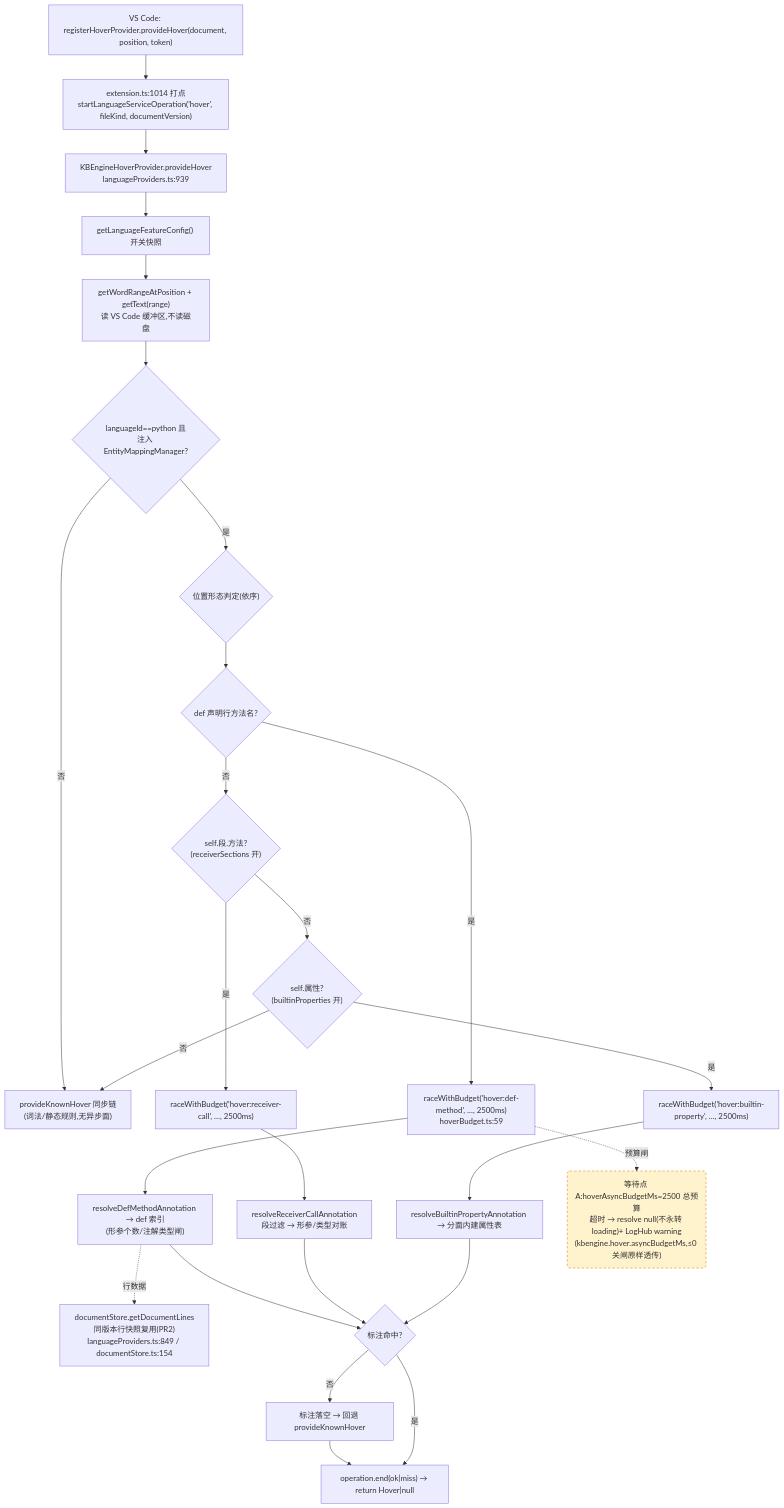
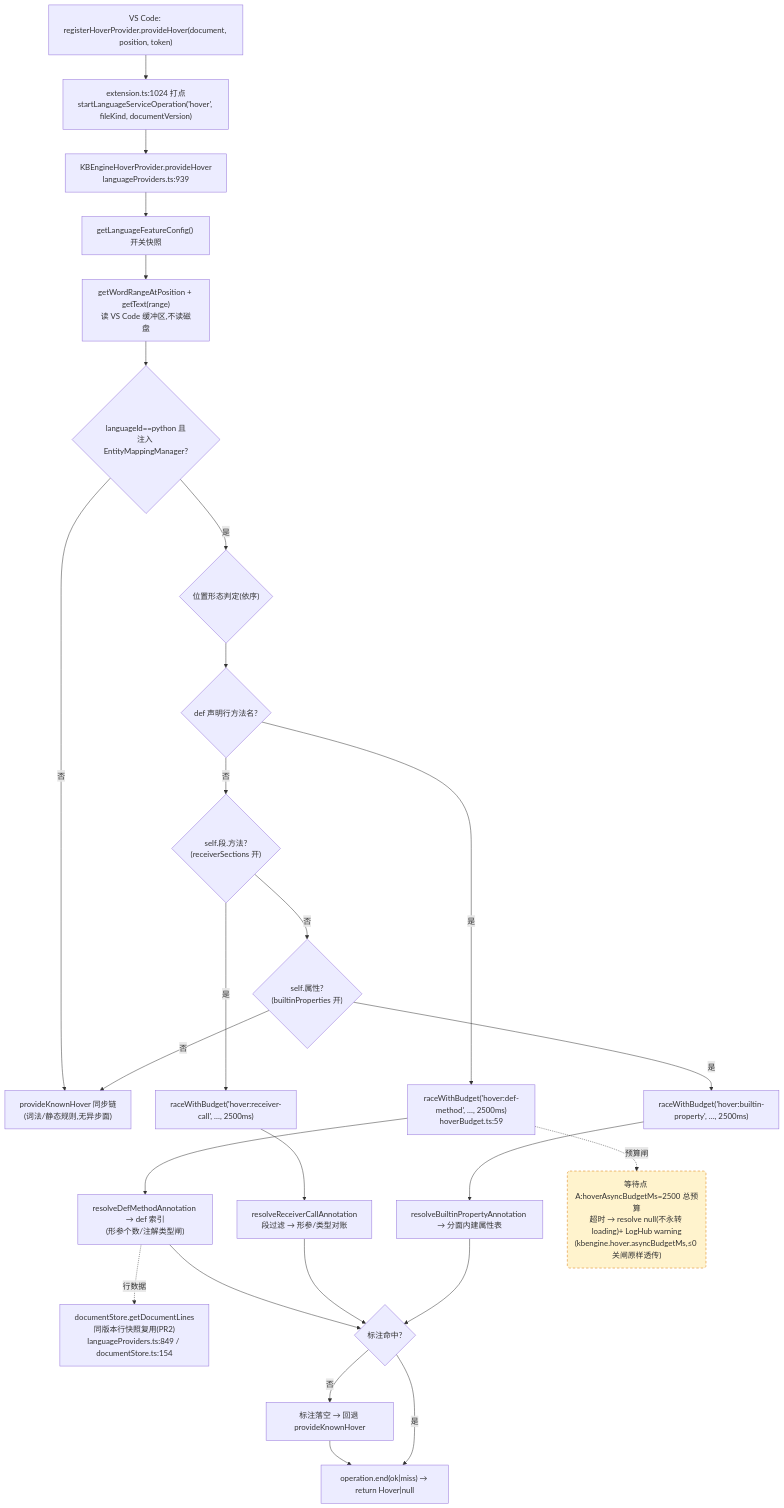
Before and after one commit to cuihairu/kode: the first of 4 diagrams in docs/perf/2026-baseline.md, drawn with Mermaid. The commit also changed other lines of this file and 17 other files, not shown here.

````diff
--- a/docs/perf/2026-baseline.md
+++ b/docs/perf/2026-baseline.md
@@ -82,45 +82,45 @@
 ```mermaid
 flowchart TD
   VC1["VS Code: registerHoverProvider.provideHover(document, position, token)"]
-  M1["extension.ts:1014 打点<br/>startLanguageServiceOperation('hover', fileKind, documentVersion)"]
+  M1["extension.ts:1024 打点<br/>startLanguageServiceOperation('hover', fileKind, documentVersion)"]
   HP["KBEngineHoverProvider.provideHover<br/>languageProviders.ts:939"]
   CFG["getLanguageFeatureConfig() 开关快照"]
   WORD["getWordRangeAtPosition + getText(range)<br/>读 VS Code 缓冲区,不读磁盘"]
   BR{"languageId==python 且<br/>注入 EntityMappingManager?"}
   KN["provideKnownHover 同步链<br/>(词法/静态规则,无异步面)"]
   POS{"位置形态判定(依序)"}
   D1{"def 声明行方法名?"}
   D2{"self.段.方法?<br/>(receiverSections 开)"}
   D3{"self.属性?<br/>(builtinProperties 开)"}
   RA1["raceWithBudget('hover:def-method', …, 2500ms)<br/>hoverBudget.ts:59"]
   RA2["raceWithBudget('hover:receiver-call', …, 2500ms)"]
   RA3["raceWithBudget('hover:builtin-property', …, 2500ms)"]
   RS1["resolveDefMethodAnnotation → def 索引<br/>(形参个数/注解类型闸)"]
   RS2["resolveReceiverCallAnnotation<br/>段过滤 → 形参/类型对账"]
   RS3["resolveBuiltinPropertyAnnotation → 分面内建属性表"]
   LINES["documentStore.getDocumentLines<br/>同版本行快照复用(PR2)<br/>languageProviders.ts:849 / documentStore.ts:154"]
   MISS["标注落空 → 回退 provideKnownHover"]
   END1["operation.end(ok|miss) → return Hover|null"]
 
   VC1 --> M1 --> HP --> CFG --> WORD --> BR
   BR -- "否" --> KN
   BR -- "是" --> POS --> D1
   D1 -- "是" --> RA1 --> RS1
   D1 -- "否" --> D2
   D2 -- "是" --> RA2 --> RS2
   D2 -- "否" --> D3
   D3 -- "是" --> RA3 --> RS3
   D3 -- "否" --> KN
   RS1 --> HIT{"标注命中?"}
   RS2 --> HIT
   RS3 --> HIT
   RS1 -.->|行数据| LINES
   HIT -- "否" --> MISS --> END1
   HIT -- "是" --> END1
 
   WAITA("等待点 A:hoverAsyncBudgetMs=2500 总预算<br/>超时 → resolve null(不永转 loading)+ LogHub warning<br/>(kbengine.hover.asyncBudgetMs,≤0 关闸原样透传)")
   RA1 -.->|预算闸| WAITA
 
   classDef waitPoint fill:#fff3cd,stroke:#d97706,stroke-dasharray:5 4;
   class WAITA waitPoint;
 ```
````
